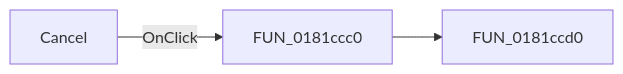
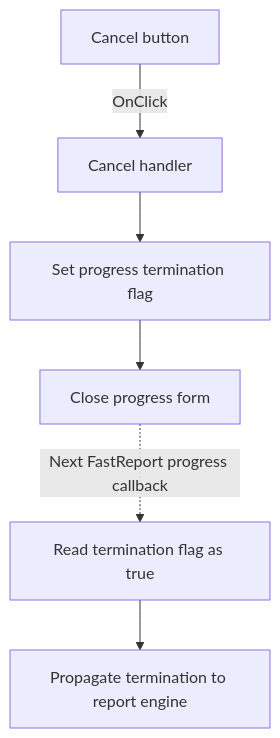
One commit to MovGP0/TIARA changed the diagram in docs/ui-controls/frxprogress/cancelb-cdecba6633.md. Above: the diagram before and after it, drawn with Mermaid. The commit also changed other lines of this file and 387 other files, not shown here.

````diff
--- a/docs/ui-controls/frxprogress/cancelb-cdecba6633.md
+++ b/docs/ui-controls/frxprogress/cancelb-cdecba6633.md
@@ -27,5 +29,8 @@
 ```mermaid
-flowchart LR
-    control["Cancel"] -->|OnClick| handler["FUN_0181ccc0"]
-    handler --> call1["FUN_0181ccd0"]
+flowchart TD
+    control["Cancel button"] -->|"OnClick"| handler["Cancel handler"]
+    handler --> signal["Set progress termination flag"]
+    signal --> close["Close progress form"]
+    close -.->|"Next FastReport progress callback"| read["Read termination flag as true"]
+    read --> stop["Propagate termination to report engine"]
 ```
````
